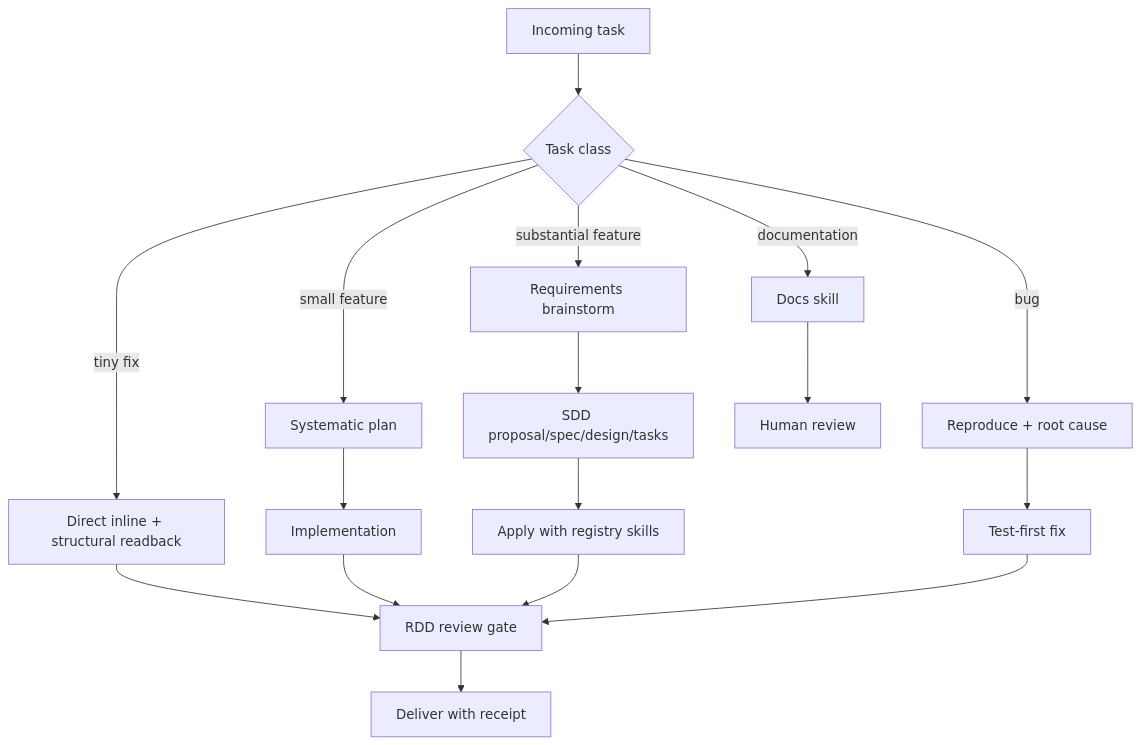
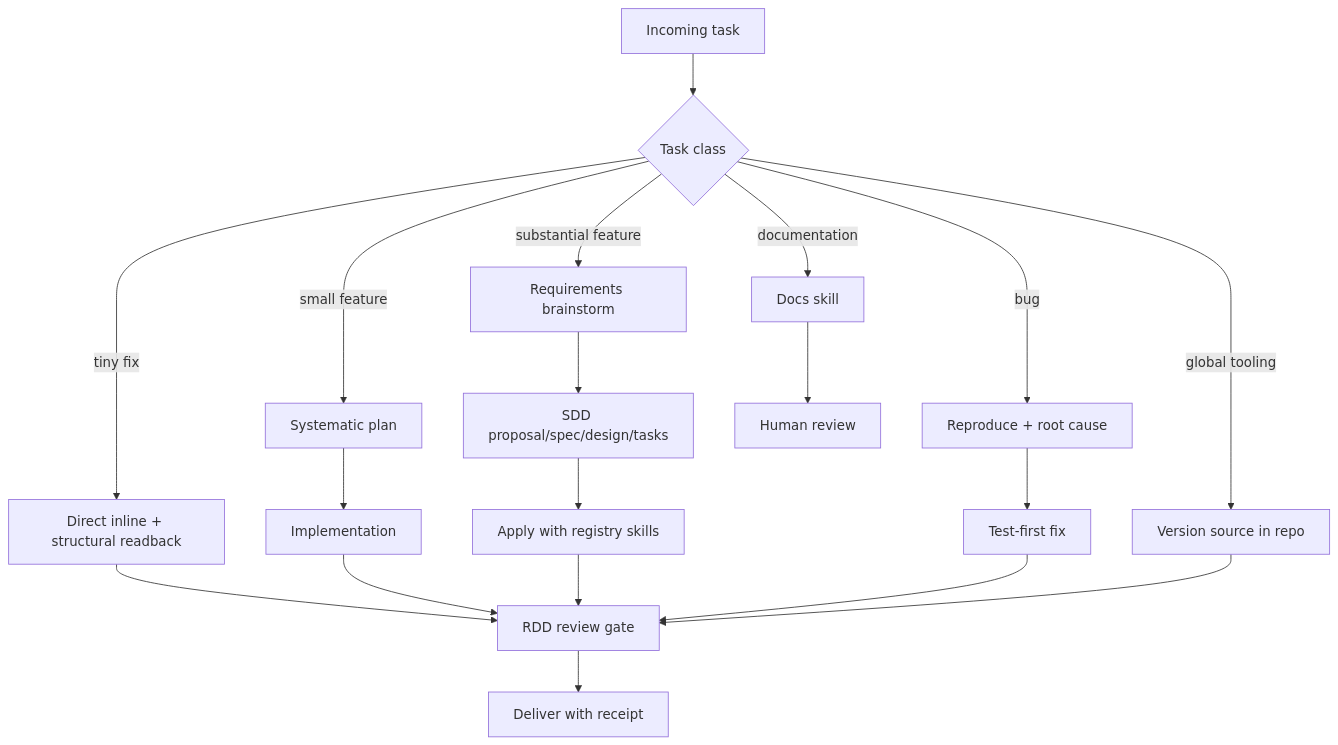
The diagram in WORKFLOW.md (EnigmaJazz/workflow_optimisation), drawn with Mermaid before and after one commit. The commit also changed 3 other files, not shown here.

First line of the commit message:
fix: resolve review follow-ups on workflow tooling

````diff
--- a/WORKFLOW.md
+++ b/WORKFLOW.md
@@ -20,10 +20,11 @@
 ```mermaid
 flowchart TB
   Task[Incoming task] --> Classify{Task class}
   Classify -->|tiny fix| Inline[Direct inline + structural readback] --> Gate
   Classify -->|small feature| SPlan[Systematic plan] --> Impl[Implementation] --> Gate[RDD review gate]
   Classify -->|substantial feature| Brain[Requirements brainstorm] --> SDD[SDD proposal/spec/design/tasks] --> Apply[Apply with registry skills] --> Gate
   Classify -->|bug| Reproduce[Reproduce + root cause] --> TDD[Test-first fix] --> Gate
   Classify -->|documentation| Docs[Docs skill] --> HRev[Human review]
+  Classify -->|global tooling| Ver[Version source in repo] --> Gate[RDD review gate]
   Gate --> Deliver[Deliver with receipt]
 ```
````
